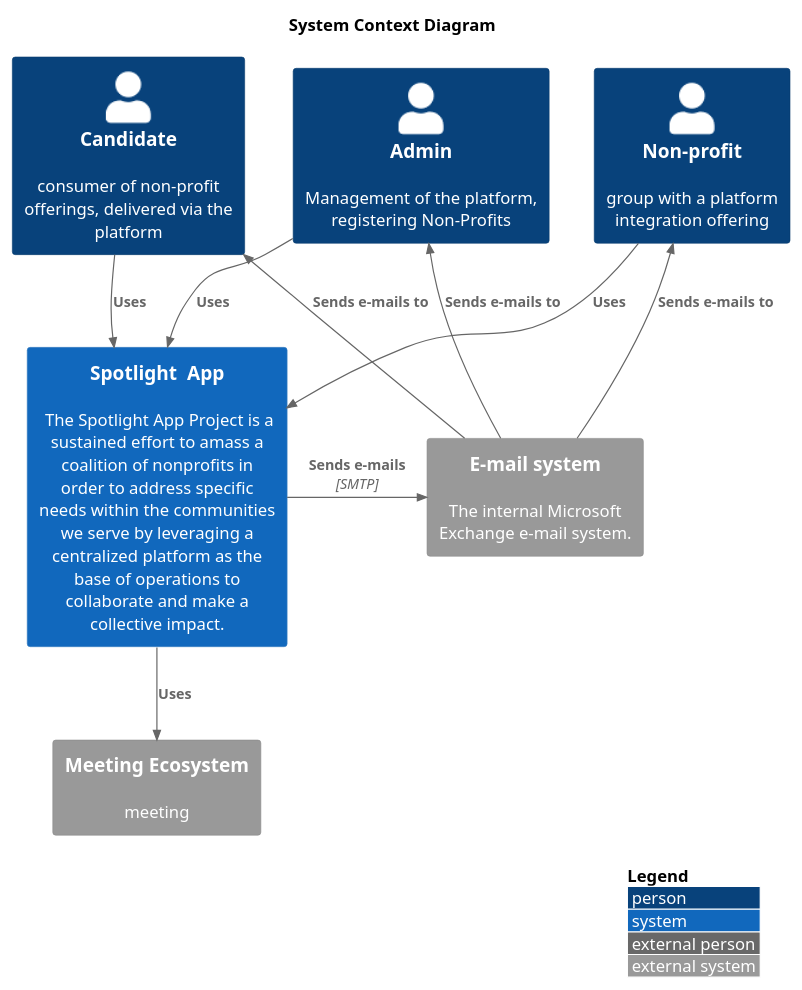
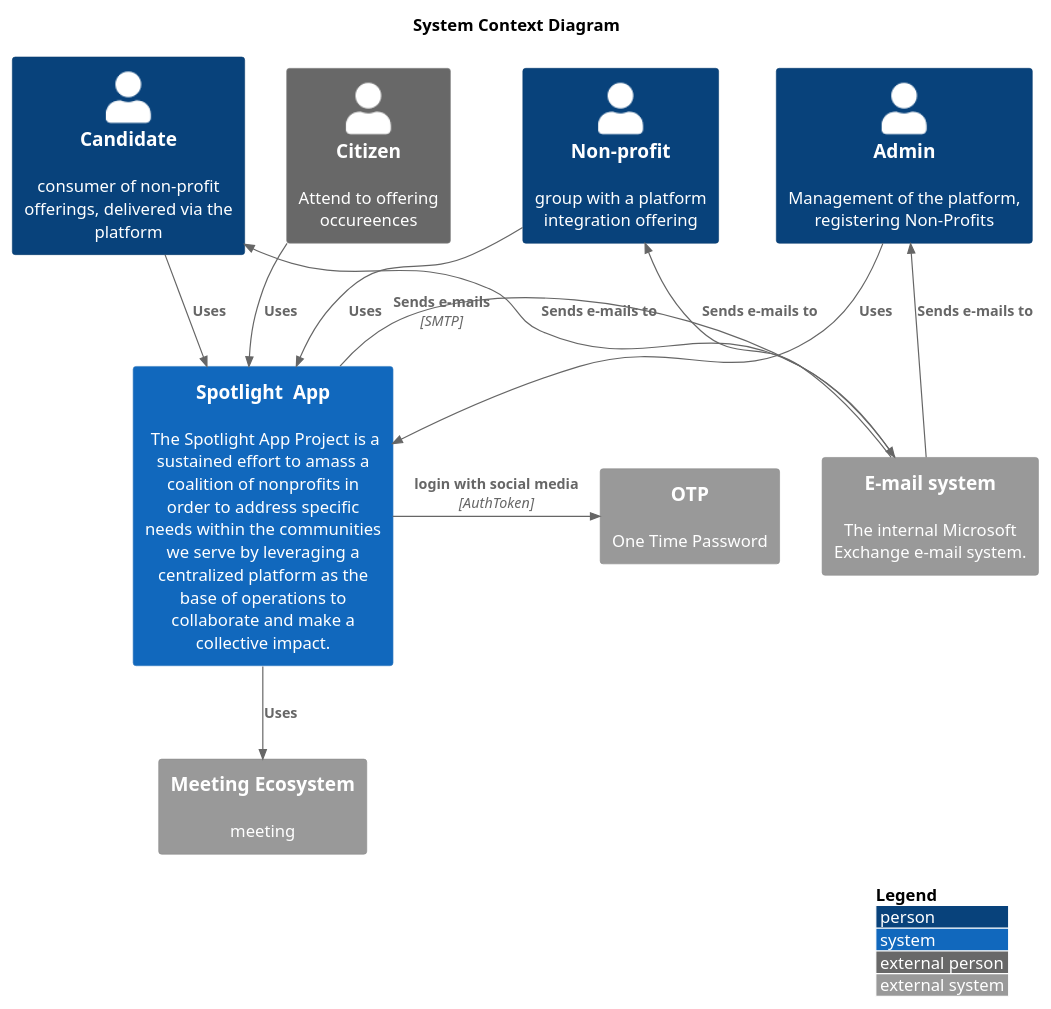
The first of 3 diagrams in 2.SolutionBackground/c4.md (Katatubies/kata2022), drawn with PlantUML before and after one commit. The commit also changed other lines of this file and 2 other files, not shown here.

````diff
--- a/2.SolutionBackground/c4.md
+++ b/2.SolutionBackground/c4.md
@@ -3,29 +3,49 @@
 ```plantuml
 @startuml
 !include https://raw.githubusercontent.com/plantuml-stdlib/C4-PlantUML/master/C4_Context.puml
+
 ' uncomment the following line and comment the first to use locally
+
 ' !include C4_Context.puml
 
 LAYOUT_WITH_LEGEND()
 
 title System Context Diagram
 
 Person(candidate, "Candidate", "consumer of non-profit offerings, delivered via the platform")
+
 Person(nonprofit, "Non-profit", "group with a platform integration offering")
+
 Person(admin, "Admin", "Management of the platform, registering Non-Profits")
+
+Person_Ext(citizen, "Citizen", "Attend to offering occureences")
 
 System(spotlight, "Spotlight  App", " The Spotlight App Project is a sustained effort to amass a coalition of nonprofits in order to address specific needs within the communities we serve by leveraging a centralized platform as the base of operations to collaborate and make a collective impact. ")
 
 System_Ext(mail_system, "E-mail system", "The internal Microsoft Exchange e-mail system.")
+
 System_Ext(meeting, "Meeting Ecosystem", "meeting")
 
+System_Ext(otp, "OTP", "One Time Password")
+
 Rel(candidate, spotlight , "Uses")
+
 Rel(admin, spotlight, "Uses")
+
 Rel(nonprofit, spotlight, "Uses")
+
 Rel_Back(candidate, mail_system, "Sends e-mails to")
+
 Rel_Back(nonprofit, mail_system, "Sends e-mails to")
+
 Rel_Back(admin, mail_system, "Sends e-mails to")
+
 Rel_Neighbor(spotlight, mail_system, "Sends e-mails", "SMTP")
+
+Rel_Neighbor(spotlight, otp, "login with social media", "AuthToken")
+
 Rel(spotlight, meeting, "Uses")
+
+Rel(citizen, spotlight , "Uses")
 @enduml
 ```
````
